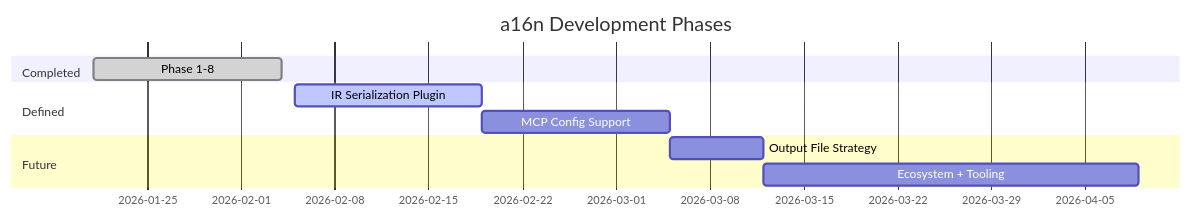
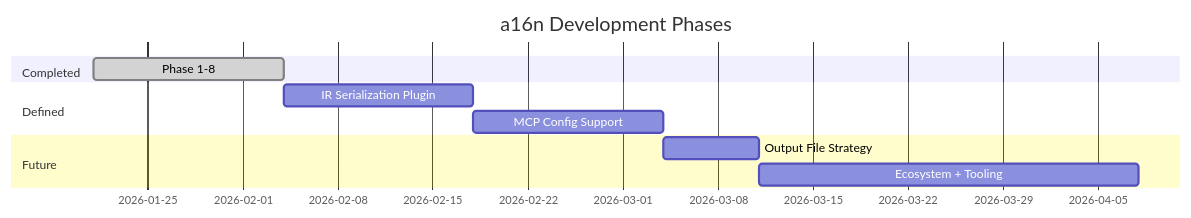
Before and after one commit to Texarkanine/a16n: the diagram in planning/ROADMAP.md, drawn with Mermaid. The commit also changed other lines of this file, not shown here.

````diff
--- a/planning/ROADMAP.md
+++ b/planning/ROADMAP.md
@@ -9,13 +9,13 @@
 ```mermaid
 gantt
     title a16n Development Phases
     dateFormat  YYYY-MM-DD
     section Completed
         Phase 1-8                :done, p1to8, 2026-01-21, 2w
     section Defined
-        IR Serialization Plugin  :active, p9, 2026-02-05, 2w
+        IR Serialization Plugin  :p9, after p1to8, 2w
         MCP Config Support       :p10, after p9, 2w
     section Future
         Output File Strategy     :pOFS, after p10, 1w
         Ecosystem + Tooling      :pEco, after pOFS, 4w
 ```
````
